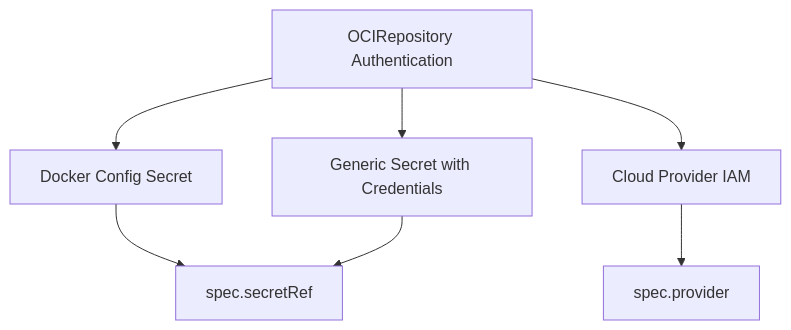
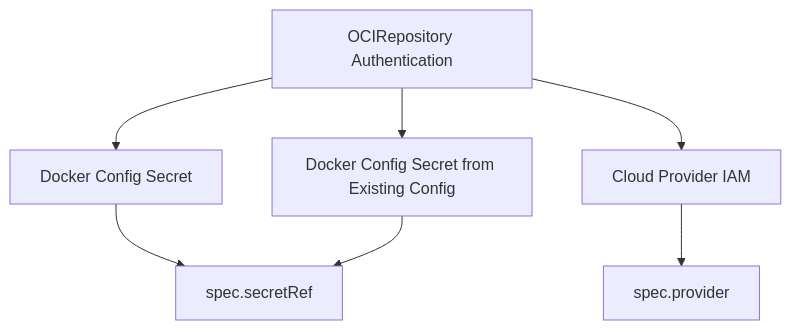
Before and after one commit to OneUptime/blog: the diagram in posts/2026-03-05-ocirepository-authentication-flux/README.md, drawn with Mermaid. The commit also changed other lines of this file and 2 other files, not shown here.

````diff
--- a/posts/2026-03-05-ocirepository-authentication-flux/README.md
+++ b/posts/2026-03-05-ocirepository-authentication-flux/README.md
@@ -30,9 +30,9 @@
 ```mermaid
 graph TD
     A[OCIRepository Authentication] --> B[Docker Config Secret]
-    A --> C[Generic Secret with Credentials]
+    A --> C[Docker Config Secret from Existing Config]
     A --> D[Cloud Provider IAM]
     B --> E[spec.secretRef]
     C --> E
     D --> F[spec.provider]
 ```
````
